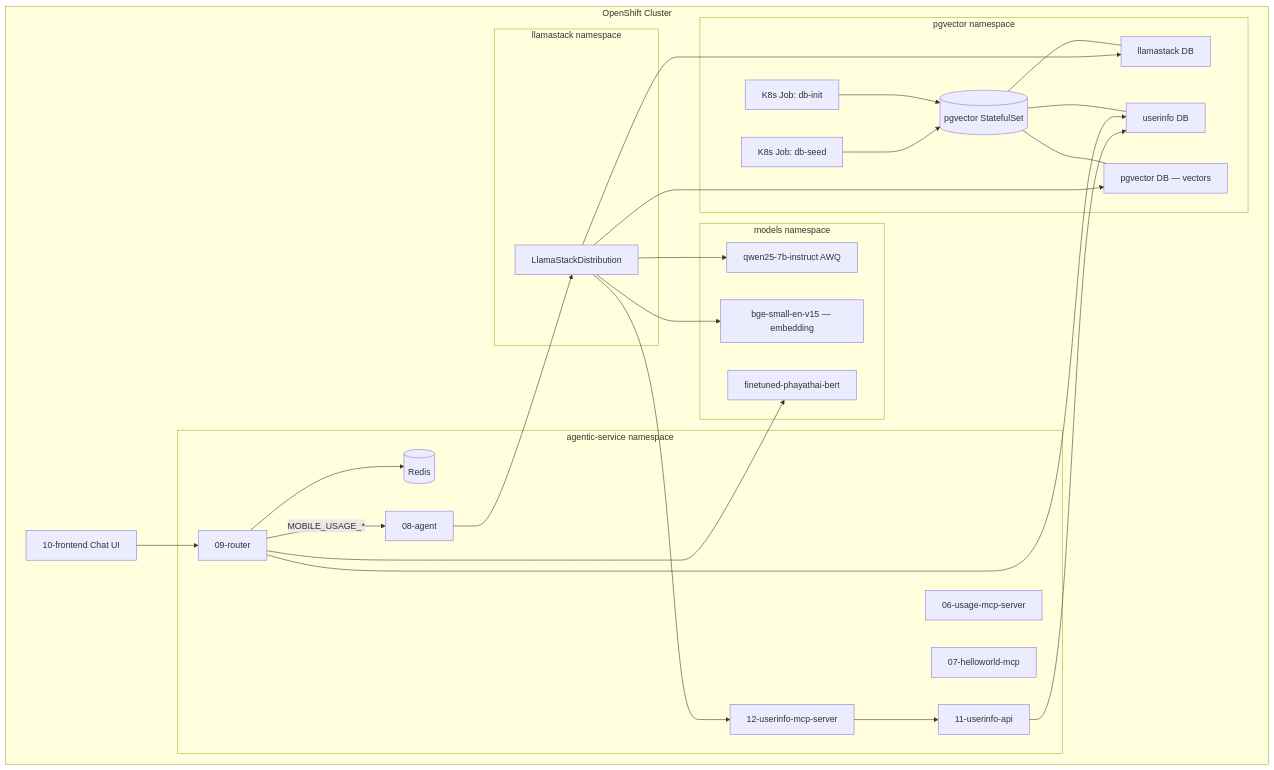
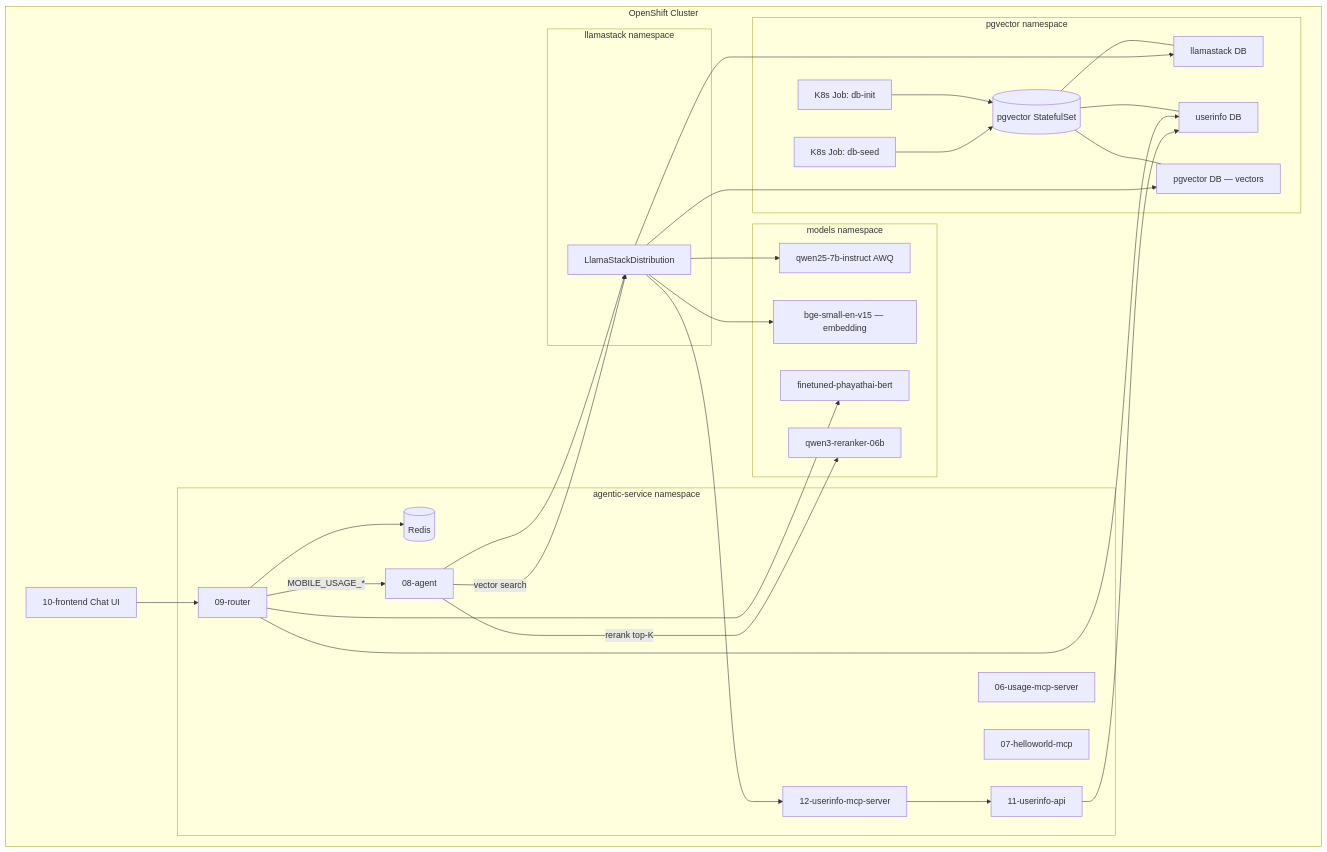
The diagram in docs/architecture.md (sidde3/agentic-service), drawn with Mermaid before and after one commit. The commit also changed other lines of this file and 6 other files, not shown here.

````diff
--- a/docs/architecture.md
+++ b/docs/architecture.md
@@ -7,48 +7,51 @@
 ```mermaid
 flowchart TB
   subgraph cluster [OpenShift Cluster]
     subgraph pgNS [pgvector namespace]
       PG[(pgvector StatefulSet)]
       DB1[llamastack DB]
       DB2[userinfo DB]
       DB3[pgvector DB — vectors]
       PG --- DB1
       PG --- DB2
       PG --- DB3
       Job1[K8s Job: db-init]
       Job2[K8s Job: db-seed]
       Job1 --> PG
       Job2 --> PG
     end
     subgraph models [models namespace]
       BERT[finetuned-phayathai-bert]
       Qwen[qwen25-7b-instruct AWQ]
       BGE[bge-small-en-v15 — embedding]
+      Reranker[qwen3-reranker-06b]
     end
     subgraph ls [llamastack namespace]
       LS[LlamaStackDistribution]
       LS --> Qwen
       LS --> BGE
       LS --> DB1
       LS --> DB3
     end
     subgraph svc [agentic-service namespace]
       Redis[(Redis)]
       Router[09-router]
       Agent[08-agent]
       UsageMCP[06-usage-mcp-server]
       HelloMCP[07-helloworld-mcp]
       UserInfoAPI[11-userinfo-api]
       UserInfoMCP[12-userinfo-mcp-server]
     end
     Client[10-frontend Chat UI] --> Router
     Router --> BERT
     Router -->|MOBILE_USAGE_*| Agent
     Router --> Redis
     Router --> DB2
     Agent --> LS
+    Agent -->|vector search| LS
+    Agent -->|rerank top-K| Reranker
     LS --> UserInfoMCP
     UserInfoMCP --> UserInfoAPI
     UserInfoAPI --> DB2
   end
 ```
````
